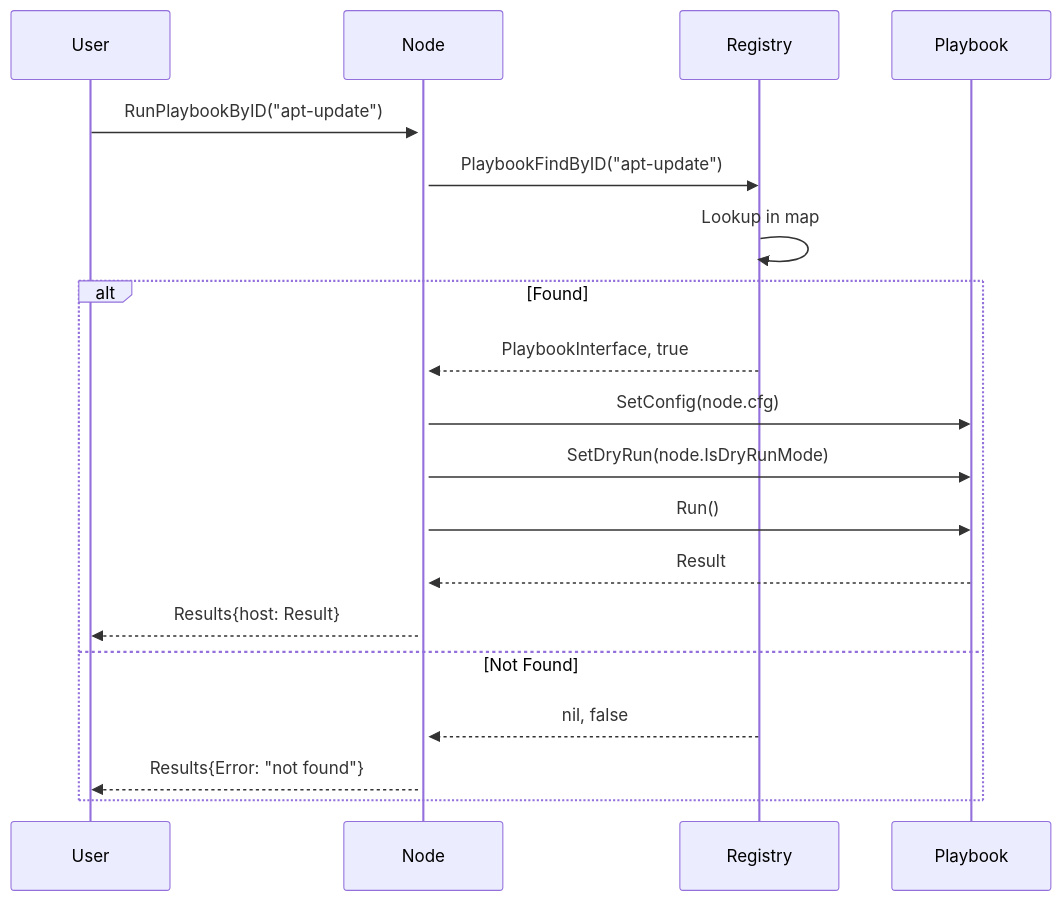
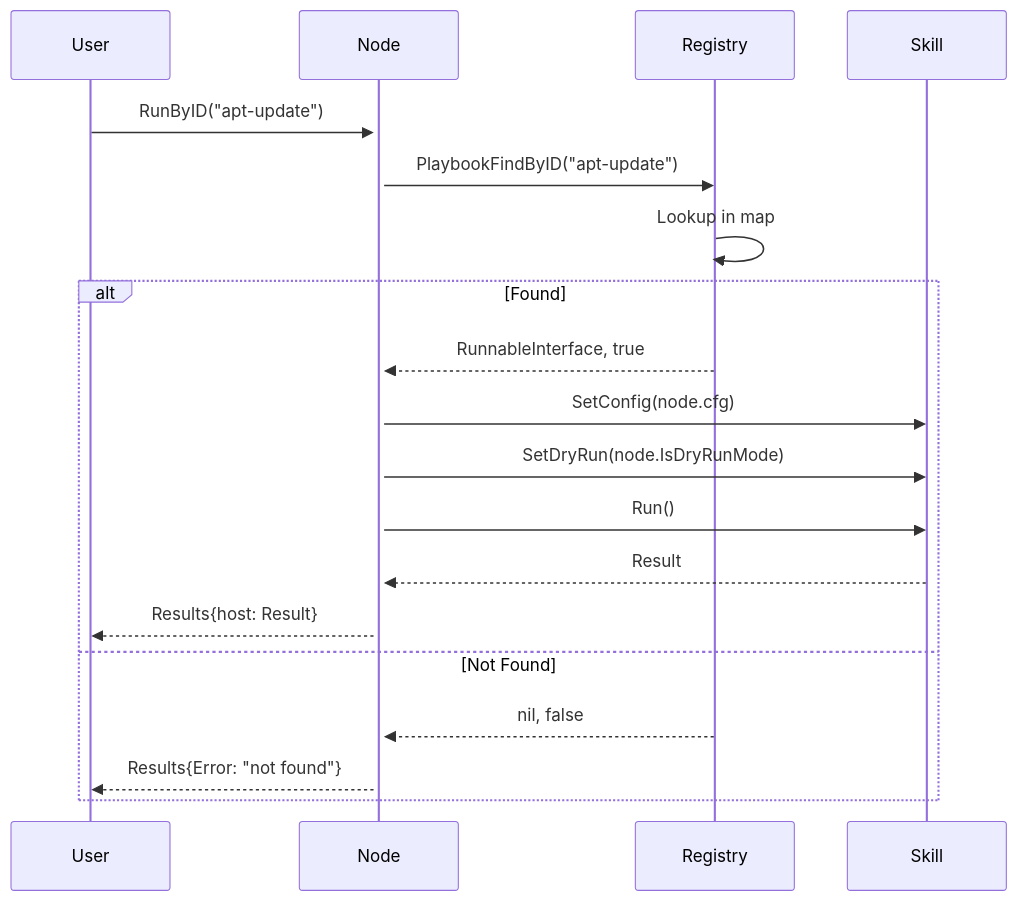
The sixth of 14 diagrams in docs/livewiki/data_flow.md (dracory/ork), drawn with Mermaid before and after one commit. The commit also changed other lines of this file and 4 other files, not shown here.

````diff
--- a/docs/livewiki/data_flow.md
+++ b/docs/livewiki/data_flow.md
@@ -160,19 +164,19 @@
 ```mermaid
 sequenceDiagram
-    User->>+Node: RunPlaybookByID("apt-update")
+    User->>+Node: RunByID("apt-update")
     
     Node->>Registry: PlaybookFindByID("apt-update")
     Registry->>Registry: Lookup in map
     
     alt Found
-        Registry-->>Node: PlaybookInterface, true
-        Node->>Playbook: SetConfig(node.cfg)
-        Node->>Playbook: SetDryRun(node.IsDryRunMode)
-        Node->>Playbook: Run()
-        Playbook-->>Node: Result
+        Registry-->>Node: RunnableInterface, true
+        Node->>Skill: SetConfig(node.cfg)
+        Node->>Skill: SetDryRun(node.IsDryRunMode)
+        Node->>Skill: Run()
+        Skill-->>Node: Result
         Node-->>User: Results{host: Result}
     else Not Found
         Registry-->>Node: nil, false
         Node-->>User: Results{Error: "not found"}
     end
 ```
````
